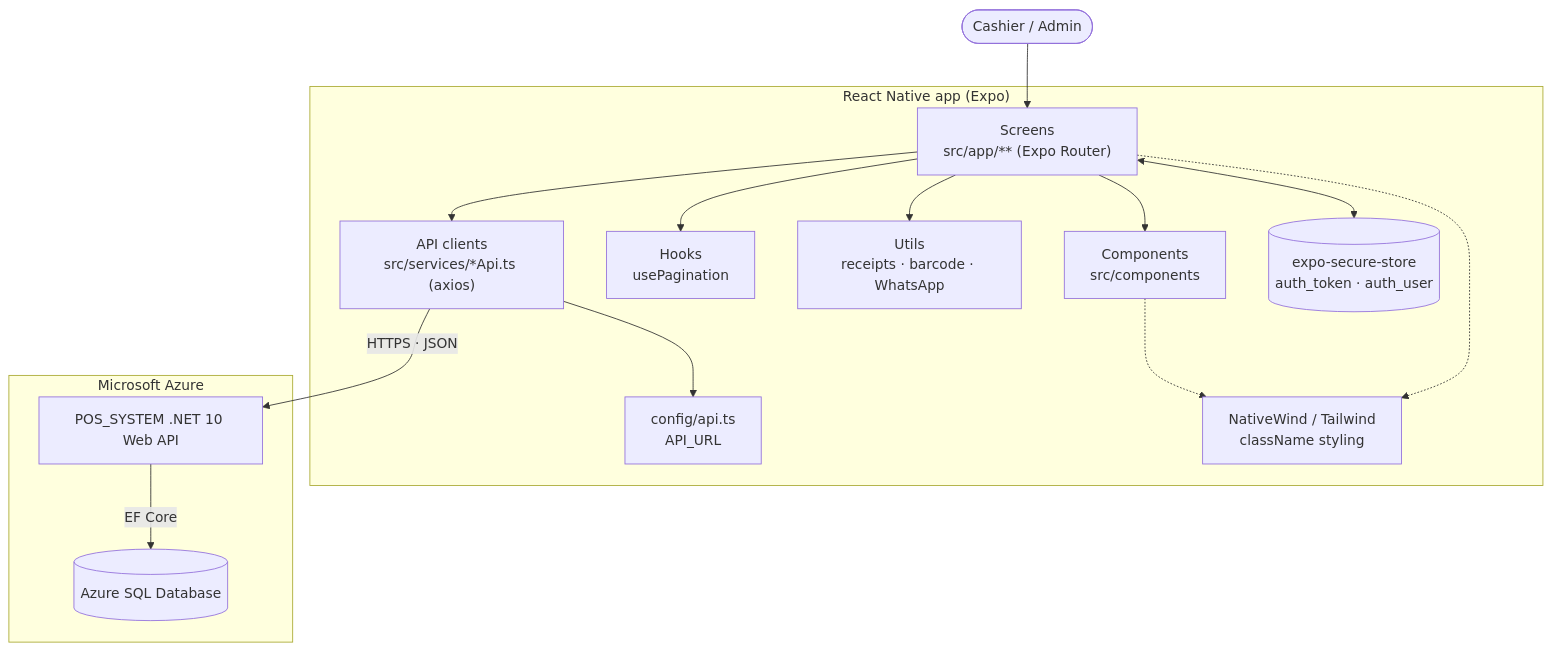
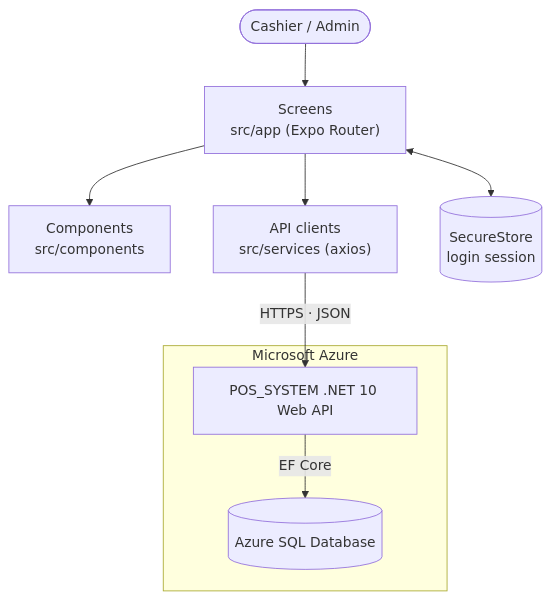
One commit to faysal-khann/POS-SYSTEM changed the diagram in Readme.md. Above: the diagram before and after it, drawn with Mermaid. The commit also changed other lines of this file, not shown here.

````diff
--- a/Readme.md
+++ b/Readme.md
@@ -150,31 +122,14 @@
 ```mermaid
 graph TD
-    User(["Cashier / Admin"]) --> Screens
-
-    subgraph App["React Native app (Expo)"]
-        Screens["Screens<br/>src/app/**  (Expo Router)"]
-        Comp["Components<br/>src/components"]
-        Hook["Hooks<br/>usePagination"]
-        Utils["Utils<br/>receipts · barcode · WhatsApp"]
-        Svc["API clients<br/>src/services/*Api.ts (axios)"]
-        Cfg["config/api.ts<br/>API_URL"]
-        Store[("expo-secure-store<br/>auth_token · auth_user")]
-        Style["NativeWind / Tailwind<br/>className styling"]
-    end
-
-    Screens --> Comp
-    Screens --> Hook
-    Screens --> Utils
-    Screens --> Svc
-    Comp -.-> Style
-    Screens -.-> Style
-    Svc --> Cfg
-    Screens <--> Store
+    User(["Cashier / Admin"]) --> Screens["Screens<br/>src/app (Expo Router)"]
+    Screens --> Comp["Components<br/>src/components"]
+    Screens --> Svc["API clients<br/>src/services (axios)"]
+    Screens <--> Store[("SecureStore<br/>login session")]
     Svc -->|"HTTPS · JSON"| API
 
     subgraph Azure["Microsoft Azure"]
         API["POS_SYSTEM .NET 10 Web API"]
         DB[("Azure SQL Database")]
-        API -->|"EF Core"| DB
+        API -->|EF Core| DB
     end
 ```
````
